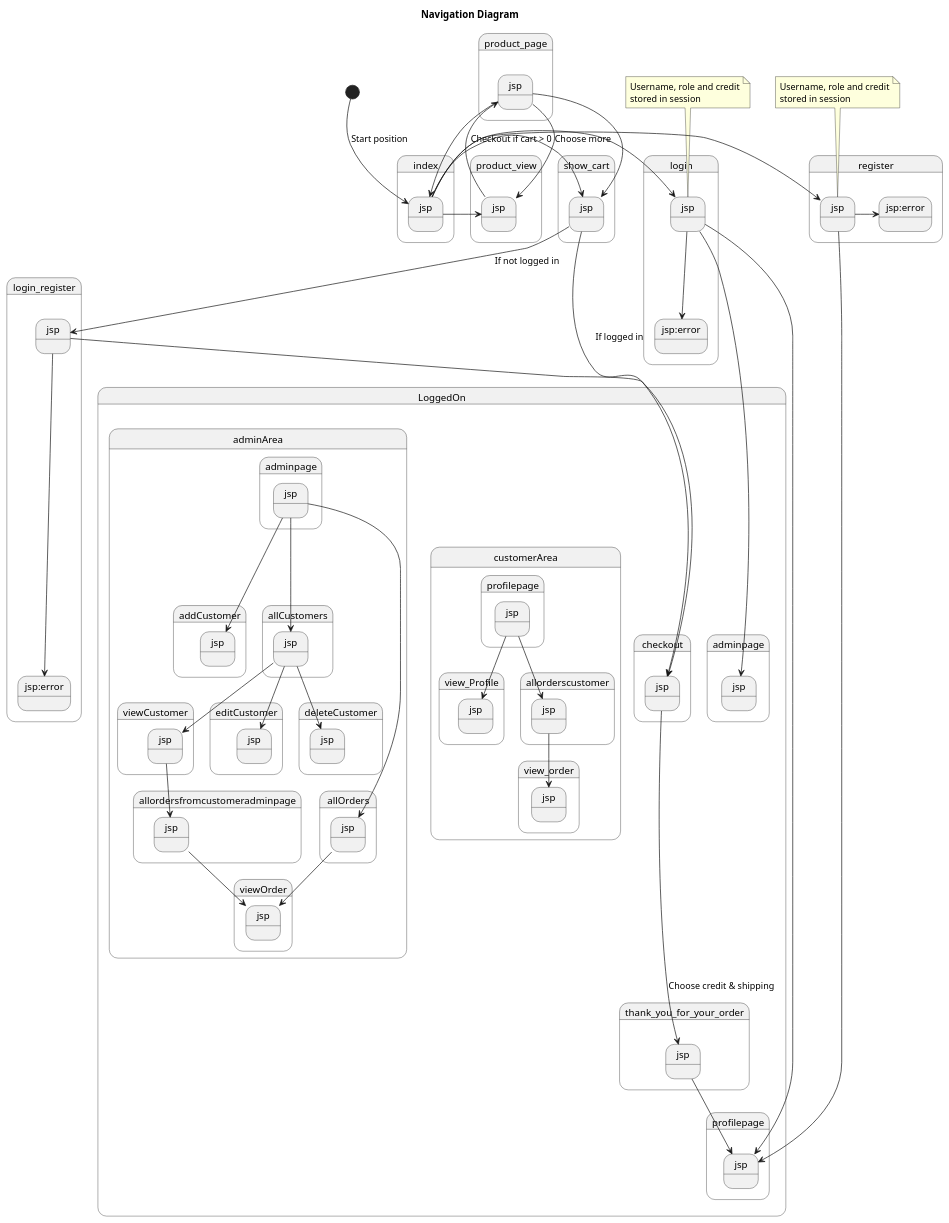
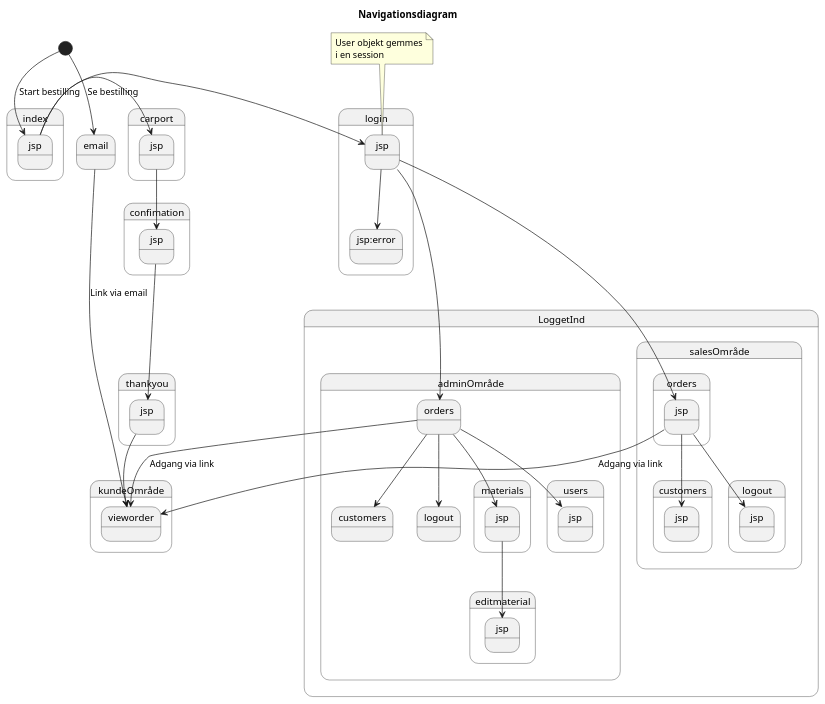
The diagram in Documentation/UML/Navigrationsdiagram/Navigation_State.puml (codergram/Fog), drawn with PlantUML before and after one commit. The commit also changed 18 other files, not shown here.

```diff
--- a/Documentation/UML/Navigrationsdiagram/Navigation_State.puml
+++ b/Documentation/UML/Navigrationsdiagram/Navigation_State.puml
@@ -1,87 +1,61 @@
 @startuml
-Title Navigation Diagram
+Title Navigationsdiagram
 
 state index.jsp
 state login.jsp
-state register.jsp
+
 
 note top of login.jsp
-Username, role and credit
-stored in session
+User objekt gemmes
+i en session
 end note
 
-note top of register.jsp
-Username, role and credit
-stored in session
-end note
 
-[*] --> index.jsp: Start position
-index.jsp -right-> product_view.jsp
-index.jsp -right-> show_cart.jsp:Checkout if cart > 0
+[*] --> index.jsp: Start bestilling
+[*] --> email: Se bestilling
+index.jsp -right-> carport.jsp
 index.jsp -left-> login.jsp
-index.jsp -left-> register.jsp
+
+
 login.jsp --> login.jsp:error
 
-register.jsp -> register.jsp:error
+
+carport.jsp --> confimation.jsp
+confimation.jsp --> thankyou.jsp
+
+state kundeOmråde {
+        email ----> vieworder: Link via email
+        thankyou.jsp --> vieworder
+    }
 
 
 
+state LoggetInd {
 
 
-product_view.jsp --> product_page.jsp
-product_page.jsp --> product_view.jsp:Choose more
-product_page.jsp --> index.jsp
-product_page.jsp --> show_cart.jsp
+    state adminOmråde{
 
-show_cart.jsp --> login_register.jsp:If not logged in
-login_register.jsp --> login_register.jsp:error
+        login.jsp --> orders
+        orders --> customers
+        orders --> vieworder:Adgang via link
+        orders --> materials.jsp
+        materials.jsp --> editmaterial.jsp
+        orders --> users.jsp
+        orders --> logout
 
-
-'index.jsp --> login.jsp: log på
-'login.jsp --> LoggedOn: log på  [ok]
-'login.jsp --> login.jsp: log på [fejl]
-'
-state LoggedOn {
-'    state adminpage.jsp
-'    state profilepage.jsp
-'    state checkout.jsp
-'    [*]-->admin.jsp
-  login.jsp --> adminpage.jsp
-  login.jsp --> profilepage.jsp
-  register.jsp --> profilepage.jsp
-  login_register.jsp --> checkout.jsp
-  show_cart.jsp --> checkout.jsp:If logged in
-
-  checkout.jsp --> thank_you_for_your_order.jsp:Choose credit & shipping
-  thank_you_for_your_order.jsp --> profilepage.jsp
-
-
-    state customerArea{
-        profilepage.jsp ---> view_Profile.jsp
-        profilepage.jsp ---> allorderscustomer.jsp
-        allorderscustomer.jsp --> view_order.jsp
     }
 
-    state adminArea{
-    '    state createUser.jsp
+    state salesOmråde{
 
-        adminpage.jsp -----> addCustomer.jsp
-        adminpage.jsp -----> allCustomers.jsp
-        adminpage.jsp -----> allOrders.jsp
-
-        allCustomers.jsp ---> viewCustomer.jsp
-        allCustomers.jsp ---> editCustomer.jsp
-        allCustomers.jsp ---> deleteCustomer.jsp
-
-        viewCustomer.jsp --> allordersfromcustomeradminpage.jsp
-
-        allordersfromcustomeradminpage.jsp --> viewOrder.jsp
-        allOrders.jsp --> viewOrder.jsp
-    }
+            login.jsp --> orders.jsp
+            orders.jsp --> customers.jsp
+            orders.jsp --> vieworder:Adgang via link
+            orders.jsp --> logout.jsp
+        }
 
 }
 
 
 
 
 @enduml
```
